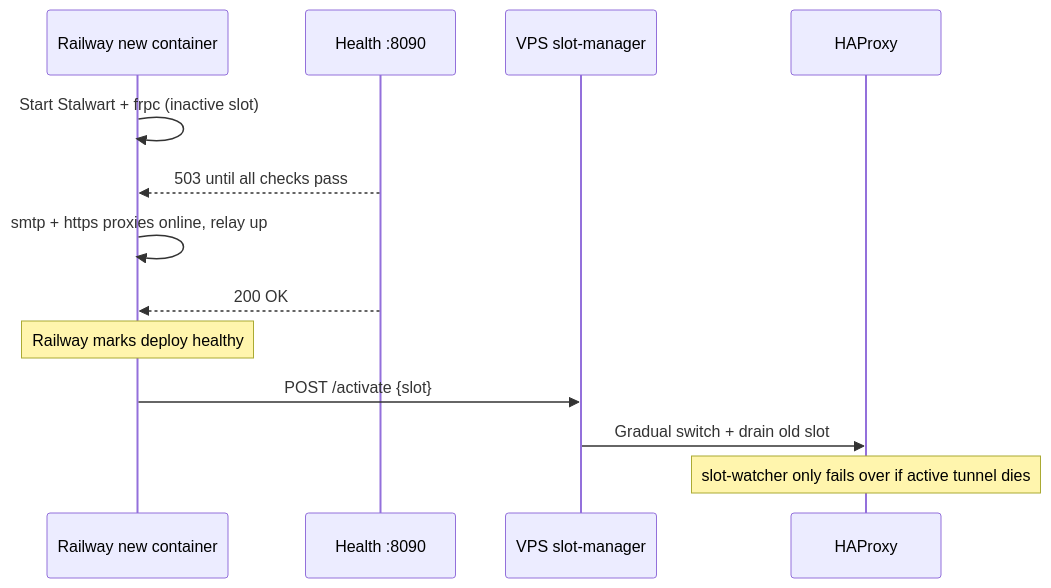
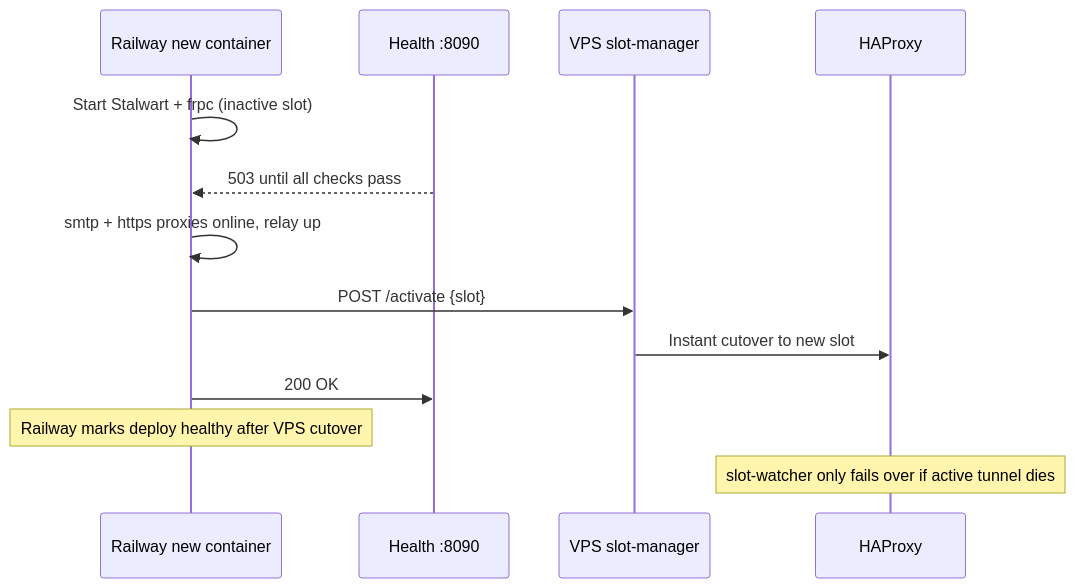
The fourth of 4 diagrams in README.md (IIRoan/stalwart), drawn with Mermaid before and after one commit. The commit also changed other lines of this file and 8 other files, not shown here.

First line of the commit message:
Fix blue/green deploy cutover to eliminate HAProxy 403 blips.

````diff
--- a/README.md
+++ b/README.md
@@ -107,16 +107,16 @@
 ```mermaid
 sequenceDiagram
     participant R as Railway new container
     participant H as Health :8090
     participant V as VPS slot-manager
     participant X as HAProxy
 
     R->>R: Start Stalwart + frpc (inactive slot)
     H-->>R: 503 until all checks pass
     R->>R: smtp + https proxies online, relay up
-    H-->>R: 200 OK
-    Note over R: Railway marks deploy healthy
     R->>V: POST /activate {slot}
-    V->>X: Gradual switch + drain old slot
+    V->>X: Instant cutover to new slot
+    R->>H: 200 OK
+    Note over R: Railway marks deploy healthy after VPS cutover
     Note over X: slot-watcher only fails over if active tunnel dies
 ```
````
